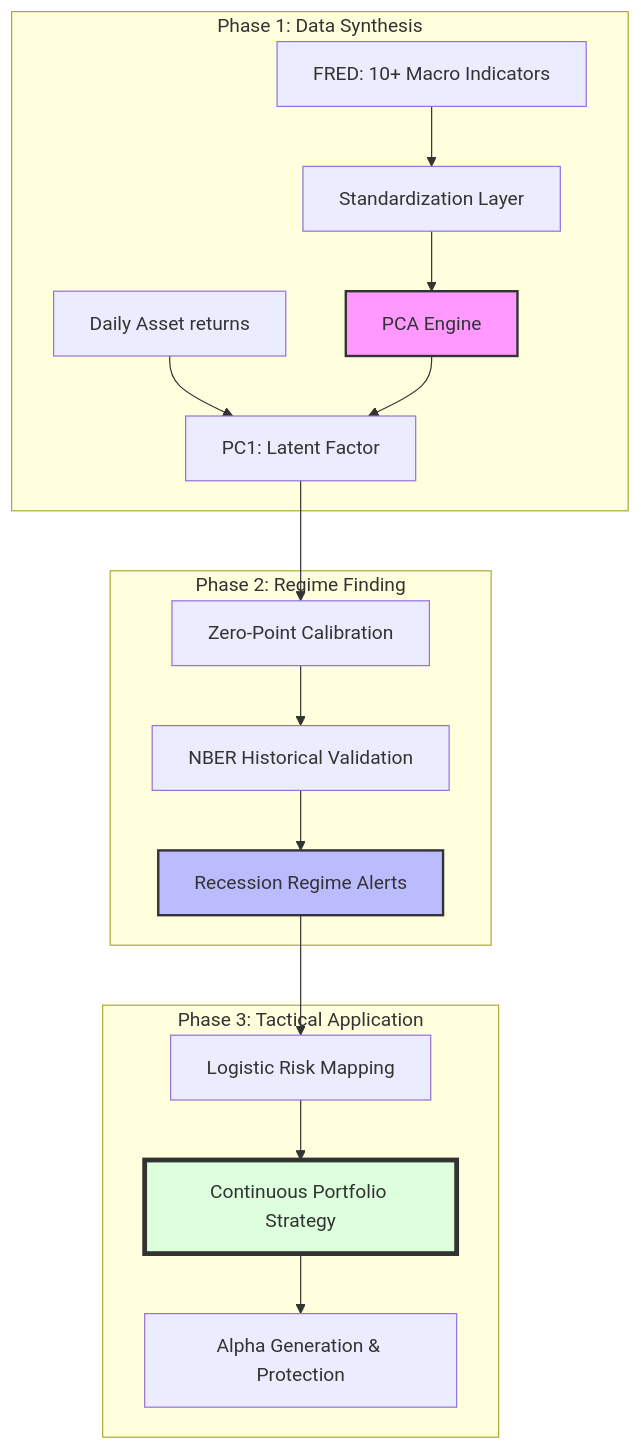
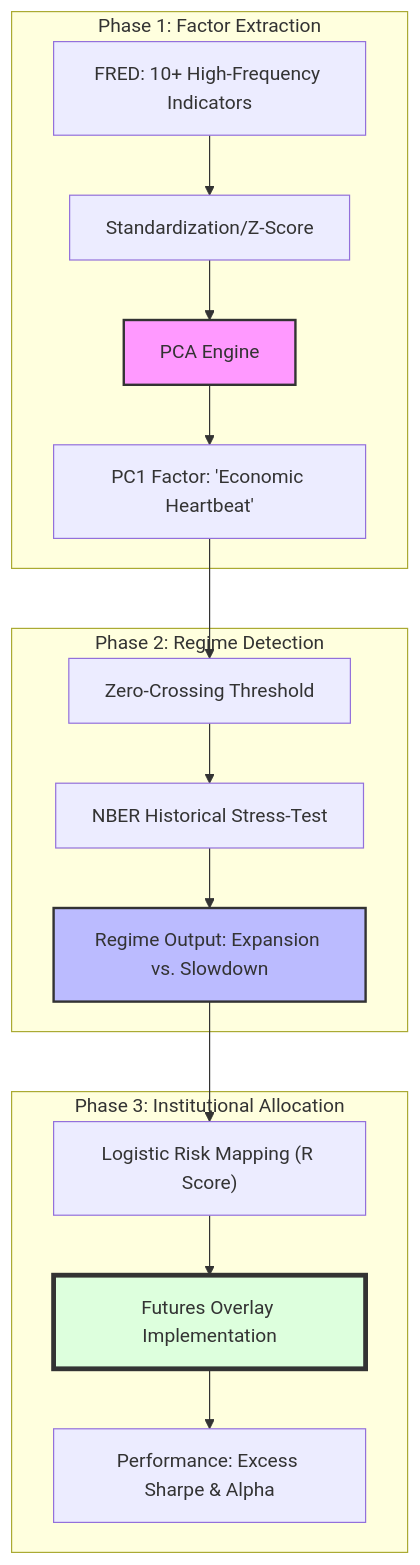
Before and after one commit to SudhanAdithya/macro-pca-indicator: the diagram in README.md, drawn with Mermaid. The commit also changed other lines of this file and 10 other files, not shown here.

Commit message:
Institutional upgrade: Implement Futures Overlay methodology and Excess Sharpe evaluation

````diff
--- a/README.md
+++ b/README.md
@@ -11,25 +11,24 @@
 ```mermaid
 graph TD
-    subgraph "Phase 1: Data Synthesis"
-        A[FRED: 10+ Macro Indicators] --> C[Standardization Layer]
-        B[Daily Asset returns] --> E
+    subgraph "Phase 1: Factor Extraction"
+        A["FRED: 10+ High-Frequency Indicators"] --> C[Standardization/Z-Score]
         C --> D[PCA Engine]
-        D --> E[PC1: Latent Factor]
+        D --> E[PC1 Factor: 'Economic Heartbeat']
     end
 
-    subgraph "Phase 2: Regime Finding"
-        E --> F[Zero-Point Calibration]
-        F --> G[NBER Historical Validation]
-        G --> H[Recession Regime Alerts]
+    subgraph "Phase 2: Regime Detection"
+        E --> F[Zero-Crossing Threshold]
+        F --> G[NBER Historical Stress-Test]
+        G --> H["Regime Output: Expansion vs. Slowdown"]
     end
 
-    subgraph "Phase 3: Tactical Application"
-        H --> I[Logistic Risk Mapping]
-        I --> J[Continuous Portfolio Strategy]
-        J --> K[Alpha Generation & Protection]
+    subgraph "Phase 3: Institutional Allocation"
+        H --> I["Logistic Risk Mapping (R Score)"]
+        I --> J["Futures Overlay Implementation"]
+        J --> K["Performance: Excess Sharpe & Alpha"]
     end
 
     style D fill:#f9f,stroke:#333,stroke-width:2px
     style H fill:#bbf,stroke:#333,stroke-width:2px
     style J fill:#dfd,stroke:#333,stroke-width:4px
 ```
````
